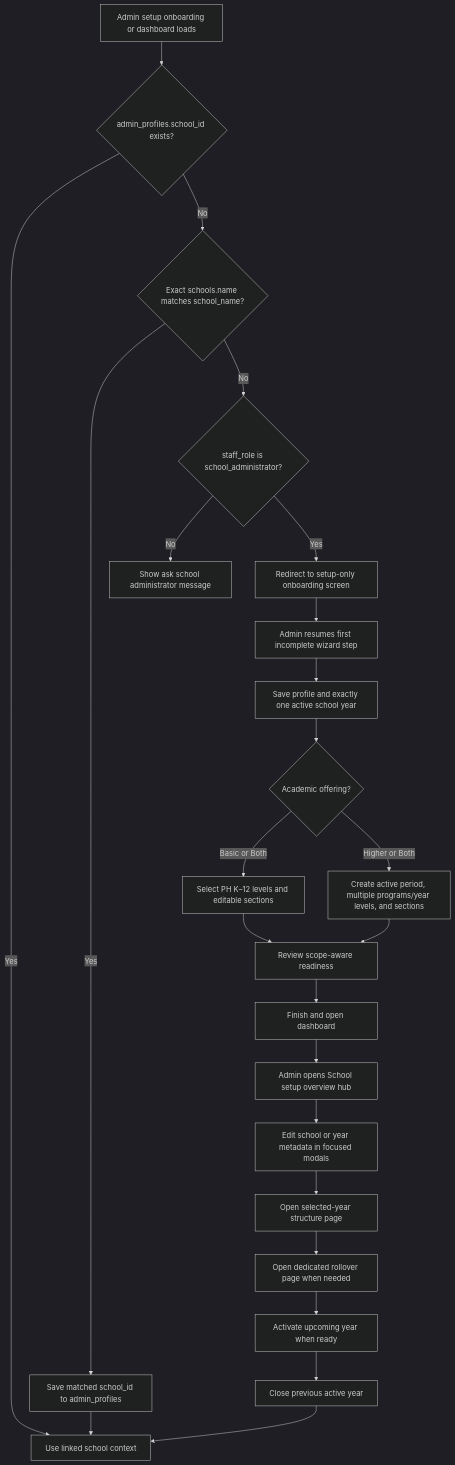
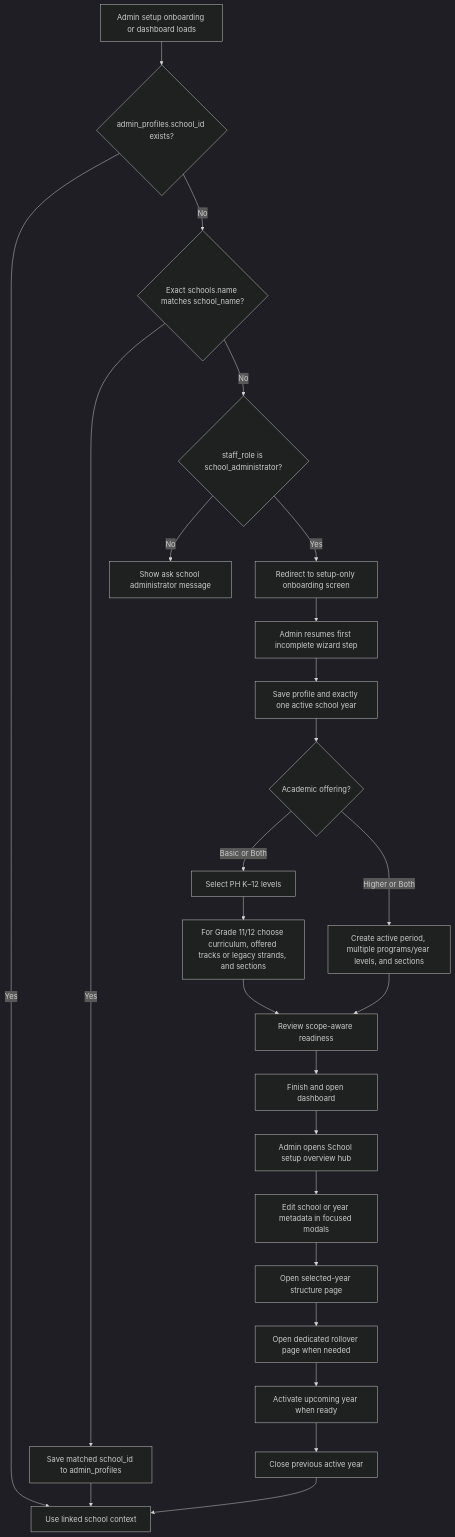
Before and after one commit to Xeyn19/xmetapay: the sixth of 25 diagrams in docs/PROJECT_FLOWCHARTS.md, drawn with Mermaid (dark theme). The commit also changed other lines of this file and 16 other files, not shown here.

````diff
--- a/docs/PROJECT_FLOWCHARTS.md
+++ b/docs/PROJECT_FLOWCHARTS.md
@@ -240,26 +240,27 @@
 ```mermaid
 flowchart TD
   A["Admin setup onboarding or dashboard loads"] --> B{"admin_profiles.school_id exists?"}
   B -->|Yes| C["Use linked school context"]
   B -->|No| D{"Exact schools.name matches school_name?"}
   D -->|Yes| E["Save matched school_id to admin_profiles"]
   E --> C
   D -->|No| F{"staff_role is school_administrator?"}
   F -->|No| G["Show ask school administrator message"]
   F -->|Yes| H["Redirect to setup-only onboarding screen"]
   H --> I["Admin resumes first incomplete wizard step"]
   I --> J["Save profile and exactly one active school year"]
   J --> K{"Academic offering?"}
-  K -->|Basic or Both| L["Select PH K–12 levels and editable sections"]
+  K -->|Basic or Both| L["Select PH K–12 levels"]
+  L --> L2["For Grade 11/12 choose curriculum, offered tracks or legacy strands, and sections"]
   K -->|Higher or Both| M["Create active period, multiple programs/year levels, and sections"]
-  L --> N["Review scope-aware readiness"]
+  L2 --> N["Review scope-aware readiness"]
   M --> N
   N --> O["Finish and open dashboard"]
   O --> S["Admin opens School setup overview hub"]
   S --> T["Edit school or year metadata in focused modals"]
   T --> U["Open selected-year structure page"]
   U --> V["Open dedicated rollover page when needed"]
   V --> W["Activate upcoming year when ready"]
   W --> X["Close previous active year"]
   X --> C
 ```
````
